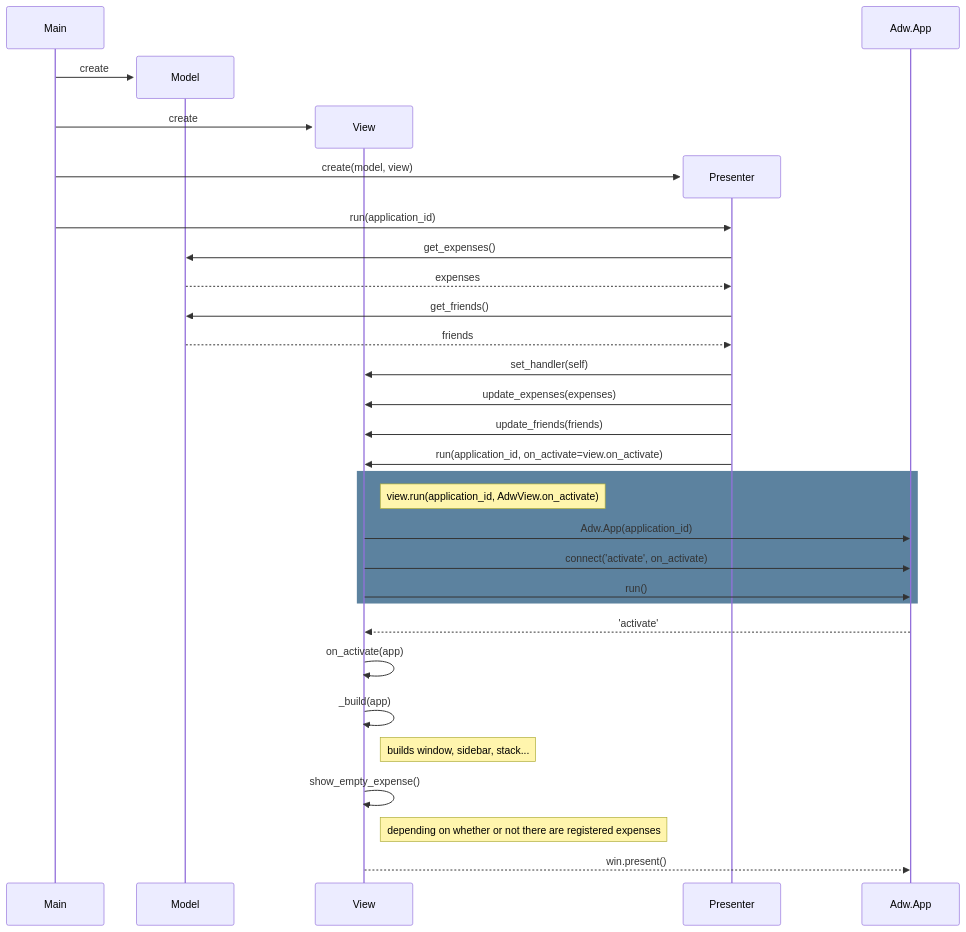
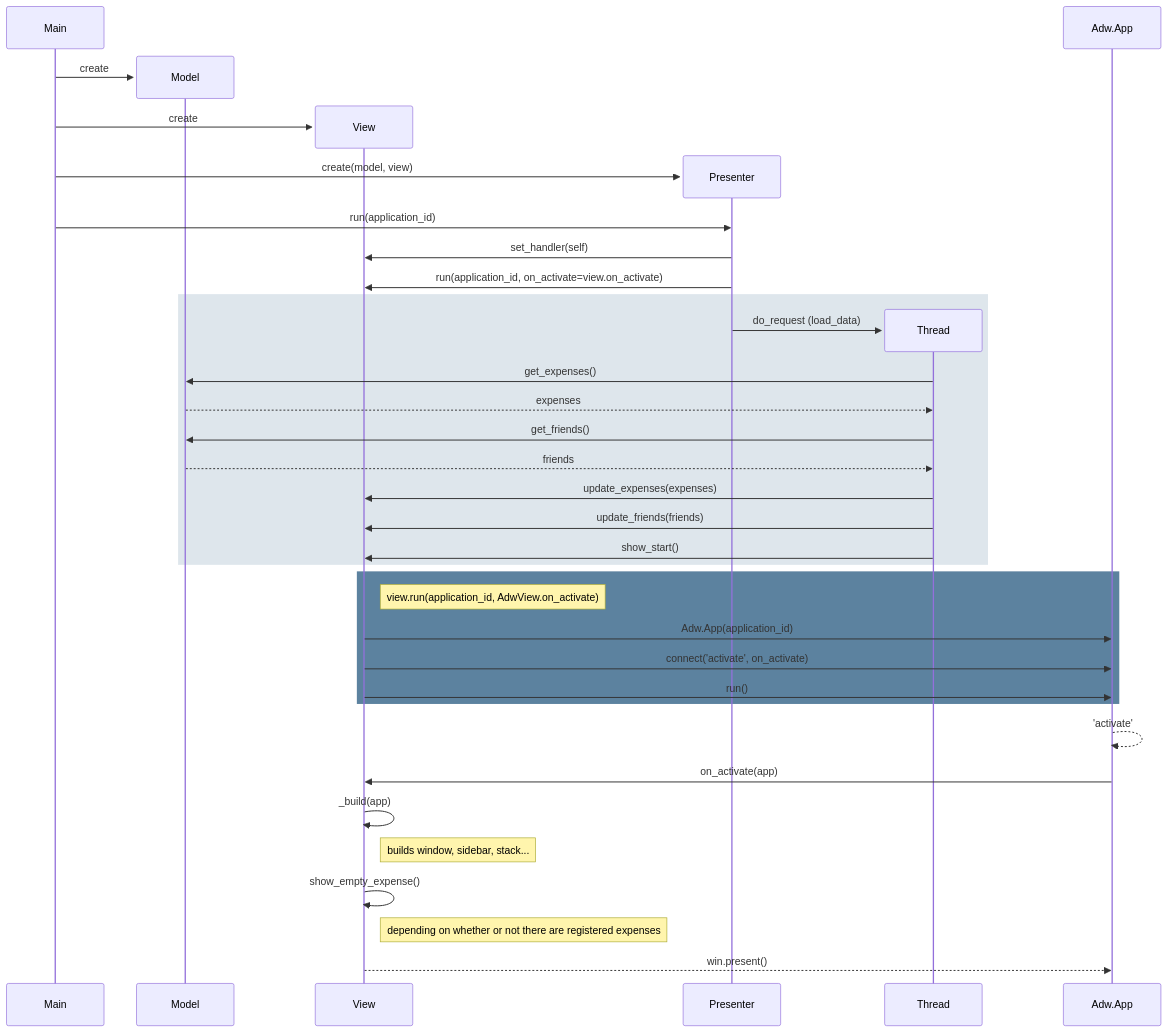
The second of 3 diagrams in diseños/diseño_sw.md (alexborrazasm/ipm), drawn with Mermaid before and after one commit. The commit also changed other lines of this file, not shown here.

````diff
--- a/diseños/diseño_sw.md
+++ b/diseños/diseño_sw.md
@@ -162,38 +143,42 @@
 ```mermaid
 sequenceDiagram
     participant app as Main
-
     create participant model as Model
     app ->> model: create
 
     create participant view as View
     app ->> view: create
-    create Participant Presenter
+    create participant Presenter
     app ->> Presenter: create(model, view)
     app ->> Presenter: run(application_id)
-    Presenter ->> model: get_expenses()
-    model -->> Presenter: expenses
-    Presenter ->> model: get_friends()
-    model -->> Presenter: friends
     Presenter ->> view : set_handler(self)  
-    Presenter ->> view : update_expenses(expenses)
-    Presenter ->> view : update_friends(friends) 
+    Presenter ->> view : run(application_id, on_activate=view.on_activate)
 
-    Presenter ->> view : run(application_id, on_activate=view.on_activate)
+    rect rgba(92, 130, 159, 0.2)
+        create participant Thread
+        Presenter ->> Thread: do_request (load_data)
+        Thread ->> model: get_expenses()
+        model -->> Thread: expenses
+        Thread ->> model: get_friends()
+        model -->> Thread: friends
+        Thread ->> view : update_expenses(expenses)
+        Thread ->> view : update_friends(friends)
+        
+        Thread ->> view : show_start()
+    end
 
     rect rgba(92, 130, 159, 1)
         create participant adw as Adw.App
         note right of view: view.run(application_id, AdwView.on_activate)
         view ->> adw : Adw.App(application_id)
         view ->> adw : connect('activate', on_activate)
         view ->> adw : run()
     end
-    adw -->> view: 'activate'
-    view ->> view : on_activate(app)
+    adw -->> adw: 'activate'
+    adw ->> view : on_activate(app)
     view ->> view : _build(app)
     Note right of view: builds window, sidebar, stack...
     view->>view: show_empty_expense()
     Note right of view: depending on whether or not there are registered expenses
     view-->>adw: win.present()
-   
 ```
````
